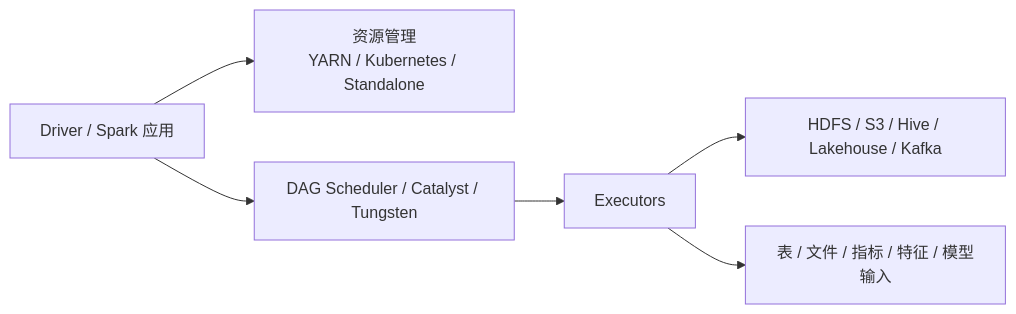
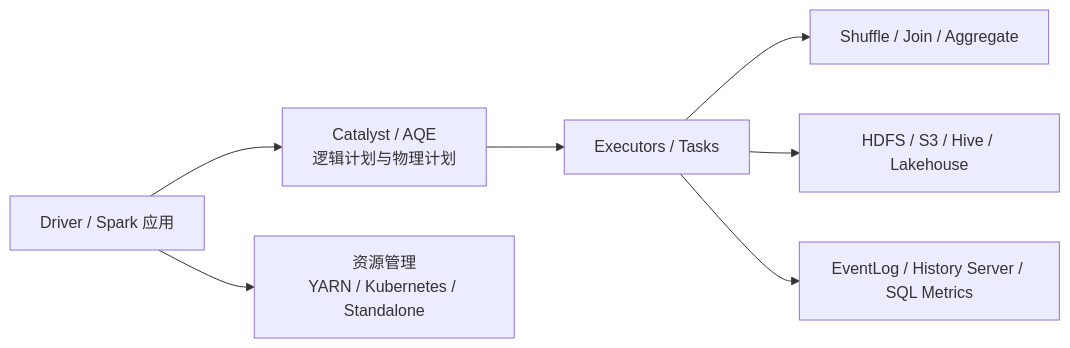
The diagram in 03_数据工程与数仓/0302_离线数仓/030205_Spark/AGENTS.md (cooker-code/knowledge), drawn with Mermaid before and after one commit. The commit also changed other lines of this file and 6048 other files, not shown here.

````diff
--- a/03_数据工程与数仓/0302_离线数仓/030205_Spark/AGENTS.md
+++ b/03_数据工程与数仓/0302_离线数仓/030205_Spark/AGENTS.md
@@ -29,8 +35,9 @@
 ```mermaid
 flowchart LR
-  App["Driver / Spark 应用"] --> RM["资源管理\nYARN / Kubernetes / Standalone"]
-  App --> DAG["DAG Scheduler / Catalyst / Tungsten"]
-  DAG --> Exec["Executors"]
-  Exec --> Store["HDFS / S3 / Hive / Lakehouse / Kafka"]
-  Exec --> Out["表 / 文件 / 指标 / 特征 / 模型输入"]
+  App["Driver / Spark 应用"] --> Plan["Catalyst / AQE\n逻辑计划与物理计划"]
+  App --> RM["资源管理\nYARN / Kubernetes / Standalone"]
+  Plan --> Exec["Executors / Tasks"]
+  Exec --> Shuffle["Shuffle / Join / Aggregate"]
+  Exec --> Store["HDFS / S3 / Hive / Lakehouse"]
+  Exec --> UI["EventLog / History Server / SQL Metrics"]
 ```
````
